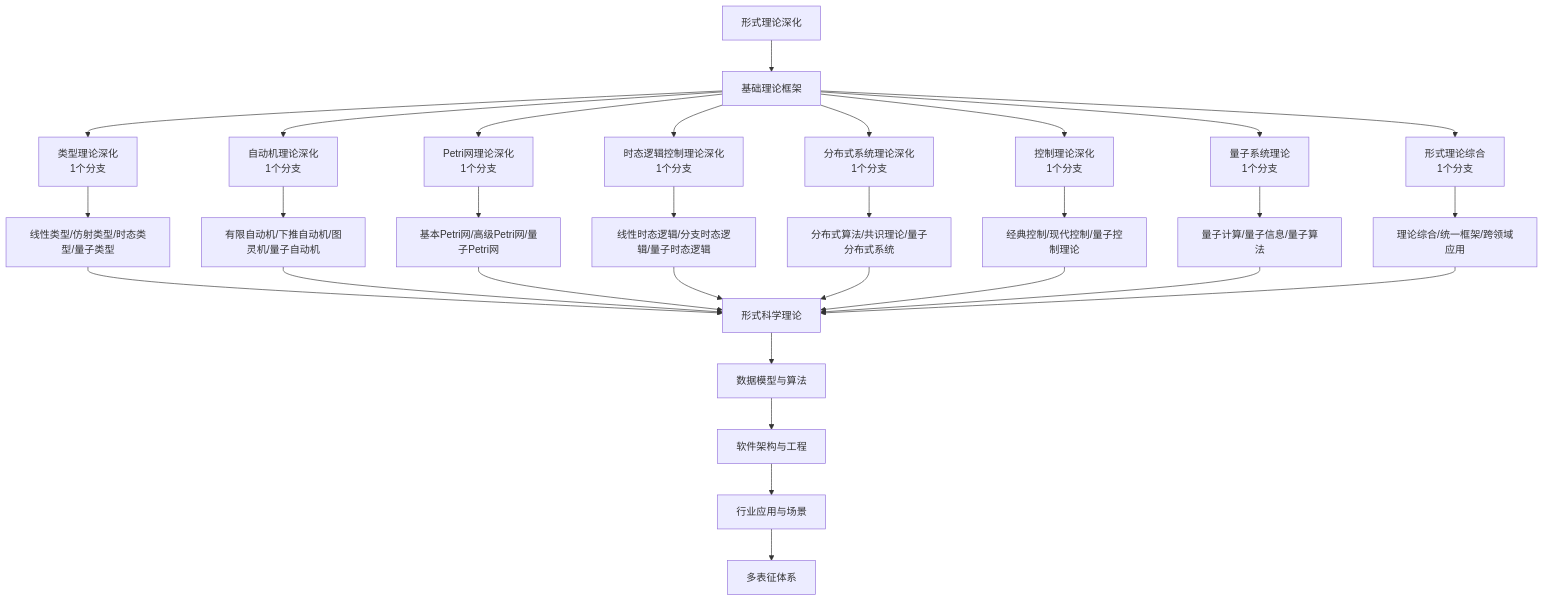
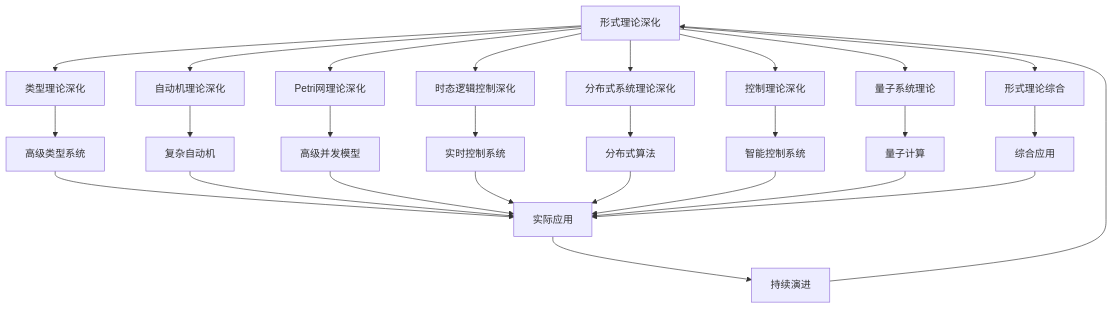
One commit to AdaMartin18010/Data-Science changed the diagram in Analysis/8-形式理论深化/README.md. Above: the diagram before and after it, drawn with Mermaid. The commit also changed other lines of this file and 11 other files, not shown here.

````diff
--- a/Analysis/8-形式理论深化/README.md
+++ b/Analysis/8-形式理论深化/README.md
@@ -35,27 +41,32 @@
 ```mermaid
-flowchart TD
-  A[形式理论深化] --> B[基础理论框架]
-  B --> C1[类型理论深化<br/>1个分支]
-  B --> C2[自动机理论深化<br/>1个分支]
-  B --> C3[Petri网理论深化<br/>1个分支]
-  B --> C4[时态逻辑控制理论深化<br/>1个分支]
-  B --> C5[分布式系统理论深化<br/>1个分支]
-  B --> C6[控制理论深化<br/>1个分支]
-  B --> C7[量子系统理论<br/>1个分支]
-  B --> C8[形式理论综合<br/>1个分支]
-  
-  C1 --> D[线性类型/仿射类型/时态类型/量子类型]
-  C2 --> E[有限自动机/下推自动机/图灵机/量子自动机]
-  C3 --> F[基本Petri网/高级Petri网/量子Petri网]
-  C4 --> G[线性时态逻辑/分支时态逻辑/量子时态逻辑]
-  C5 --> H[分布式算法/共识理论/量子分布式系统]
-  C6 --> I[经典控制/现代控制/量子控制理论]
-  C7 --> J[量子计算/量子信息/量子算法]
-  C8 --> K[理论综合/统一框架/跨领域应用]
-  
-  D & E & F & G & H & I & J & K --> L[形式科学理论]
-  L --> M[数据模型与算法]
-  M --> N[软件架构与工程]
-  N --> O[行业应用与场景]
-  O --> P[多表征体系]
+graph TB
+    A[形式理论深化] --> B[类型理论深化]
+    A --> C[自动机理论深化]
+    A --> D[Petri网理论深化]
+    A --> E[时态逻辑控制深化]
+    A --> F[分布式系统理论深化]
+    A --> G[控制理论深化]
+    A --> H[量子系统理论]
+    A --> I[形式理论综合]
+    
+    B --> J[高级类型系统]
+    C --> K[复杂自动机]
+    D --> L[高级并发模型]
+    E --> M[实时控制系统]
+    F --> N[分布式算法]
+    G --> O[智能控制系统]
+    H --> P[量子计算]
+    I --> Q[综合应用]
+    
+    J --> R[实际应用]
+    K --> R
+    L --> R
+    M --> R
+    N --> R
+    O --> R
+    P --> R
+    Q --> R
+    
+    R --> S[持续演进]
+    S --> A
 ```
````
